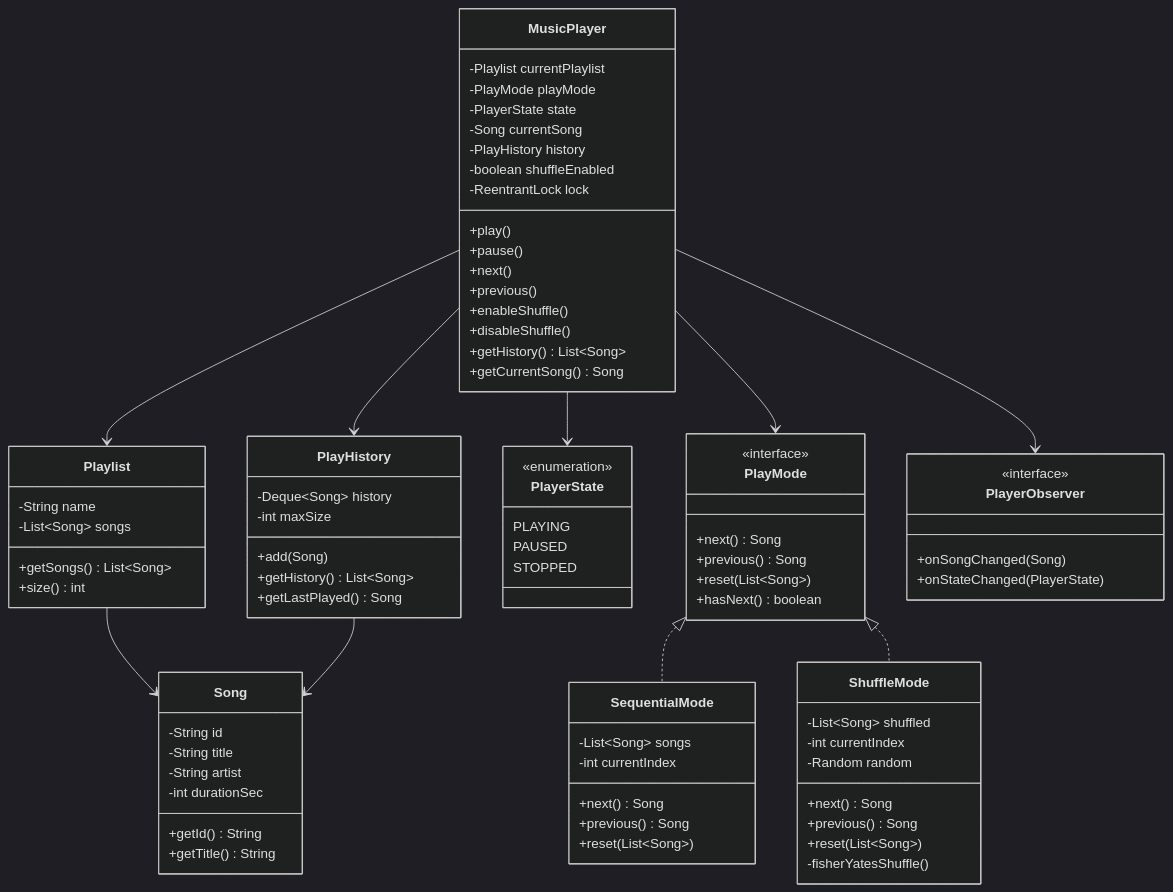
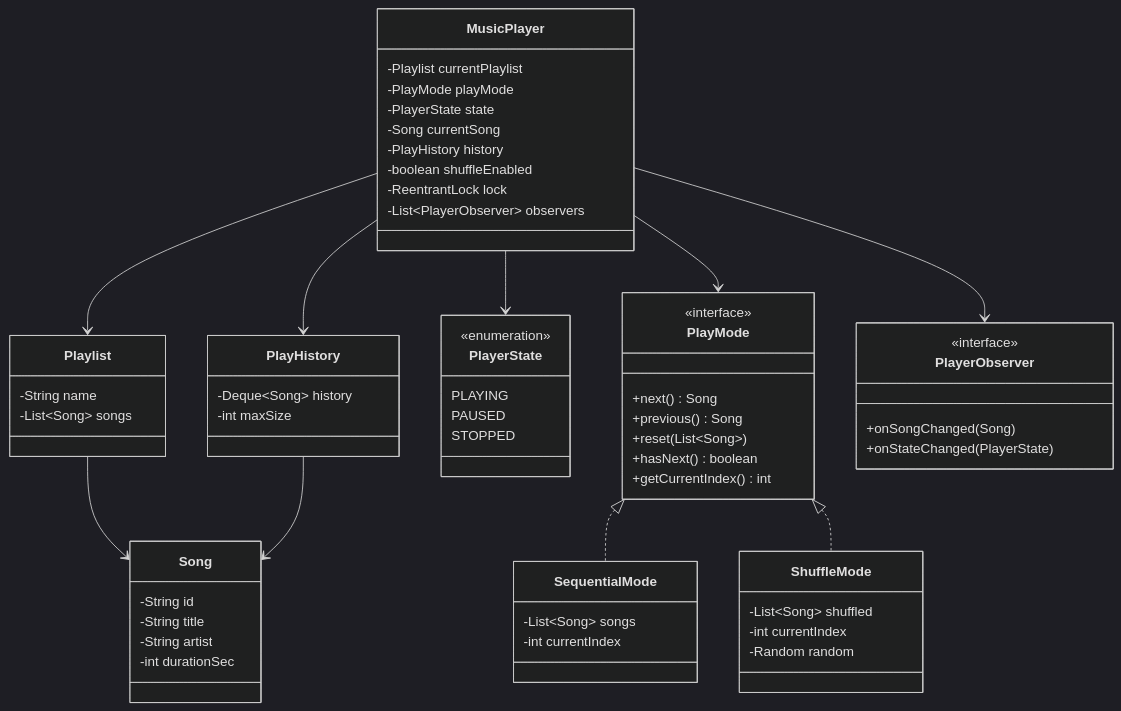
The first of 3 diagrams in content/lld/MusicPlayer.md (iluzn/HLD-Designs), drawn with Mermaid (dark theme) before and after one commit. The commit also changed other lines of this file, not shown here.

Commit message:
Music Player LLD: add complete runnable code for all classes + Demo

```diff
--- a/content/lld/MusicPlayer.md
+++ b/content/lld/MusicPlayer.md
@@ -52,15 +53,11 @@
         -String title
         -String artist
         -int durationSec
-        +getId() String
-        +getTitle() String
     }
 
     class Playlist {
         -String name
         -List~Song~ songs
-        +getSongs() List~Song~
-        +size() int
     }
 
     class PlayMode {
@@ -69,24 +66,18 @@
         +previous() Song
         +reset(List~Song~)
         +hasNext() boolean
+        +getCurrentIndex() int
     }
 
     class SequentialMode {
         -List~Song~ songs
         -int currentIndex
-        +next() Song
-        +previous() Song
-        +reset(List~Song~)
     }
 
     class ShuffleMode {
         -List~Song~ shuffled
         -int currentIndex
         -Random random
-        +next() Song
-        +previous() Song
-        +reset(List~Song~)
-        -fisherYatesShuffle()
     }
 
     class PlayerState {
@@ -99,9 +90,12 @@
     class PlayHistory {
         -Deque~Song~ history
         -int maxSize
-        +add(Song)
-        +getHistory() List~Song~
-        +getLastPlayed() Song
+    }
+
+    class PlayerObserver {
+        <<interface>>
+        +onSongChanged(Song)
+        +onStateChanged(PlayerState)
     }
 
     class MusicPlayer {
@@ -112,20 +106,7 @@
         -PlayHistory history
         -boolean shuffleEnabled
         -ReentrantLock lock
-        +play()
-        +pause()
-        +next()
-        +previous()
-        +enableShuffle()
-        +disableShuffle()
-        +getHistory() List~Song~
-        +getCurrentSong() Song
-    }
-
-    class PlayerObserver {
-        <<interface>>
-        +onSongChanged(Song)
-        +onStateChanged(PlayerState)
+        -List~PlayerObserver~ observers
     }
 
     MusicPlayer --> Playlist
```
